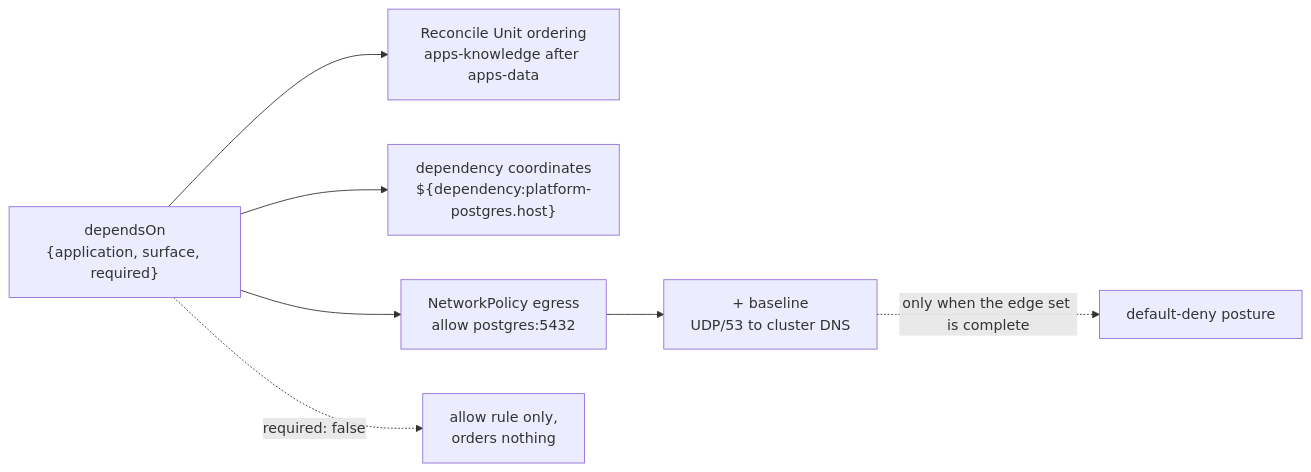
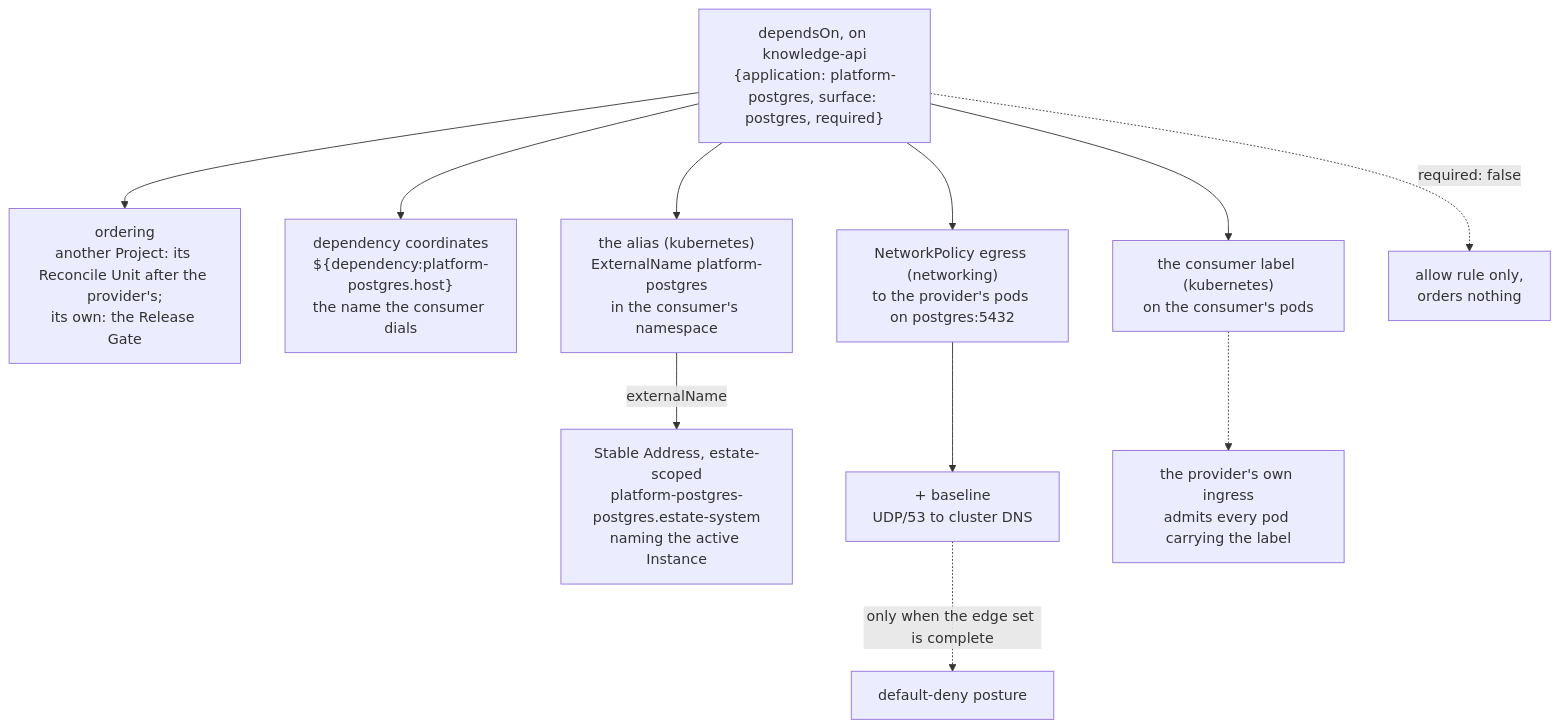
One commit to JorisJonkers-dev/deploy-kit changed the first of 3 diagrams in spec/v1/16-dependencies.md. Above: the diagram before and after it, drawn with Mermaid. The commit also changed 1 other file, not shown here.

Commit message:
docs(spec): redraw what a dependency edge derives with the alias, the Stable Address and the consumer label

````diff
--- a/spec/v1/16-dependencies.md
+++ b/spec/v1/16-dependencies.md
@@ -1145,13 +1145,17 @@
 ```mermaid
-flowchart LR
-    E["dependsOn<br/>{application, surface, required}"]
+flowchart TB
+    E["dependsOn, on knowledge-api<br/>{application: platform-postgres, surface: postgres, required}"]
 
-    E --> O1["Reconcile Unit ordering<br/>apps-knowledge after apps-data"]
-    E --> O2["dependency coordinates<br/>${dependency:platform-postgres.host}"]
-    E --> O3["NetworkPolicy egress<br/>allow postgres:5432"]
+    E --> O1["ordering<br/>another Project: its Reconcile Unit after the provider's;<br/>its own: the Release Gate"]
+    E --> O2["dependency coordinates<br/>${dependency:platform-postgres.host}<br/>the name the consumer dials"]
+    E --> O3["the alias (kubernetes)<br/>ExternalName platform-postgres<br/>in the consumer's namespace"]
+    E --> O4["NetworkPolicy egress (networking)<br/>to the provider's pods on postgres:5432"]
+    E --> O5["the consumer label (kubernetes)<br/>on the consumer's pods"]
 
     E -.->|"required: false"| N1["allow rule only,<br/>orders nothing"]
 
-    O3 --> B["+ baseline<br/>UDP/53 to cluster DNS"]
+    O3 -->|"externalName"| SA["Stable Address, estate-scoped<br/>platform-postgres-postgres.estate-system<br/>naming the active Instance"]
+    O4 --> B["+ baseline<br/>UDP/53 to cluster DNS"]
     B -.->|"only when the edge set is complete"| D["default-deny posture"]
+    O5 -.-> PI["the provider's own ingress<br/>admits every pod carrying the label"]
 ```
````
